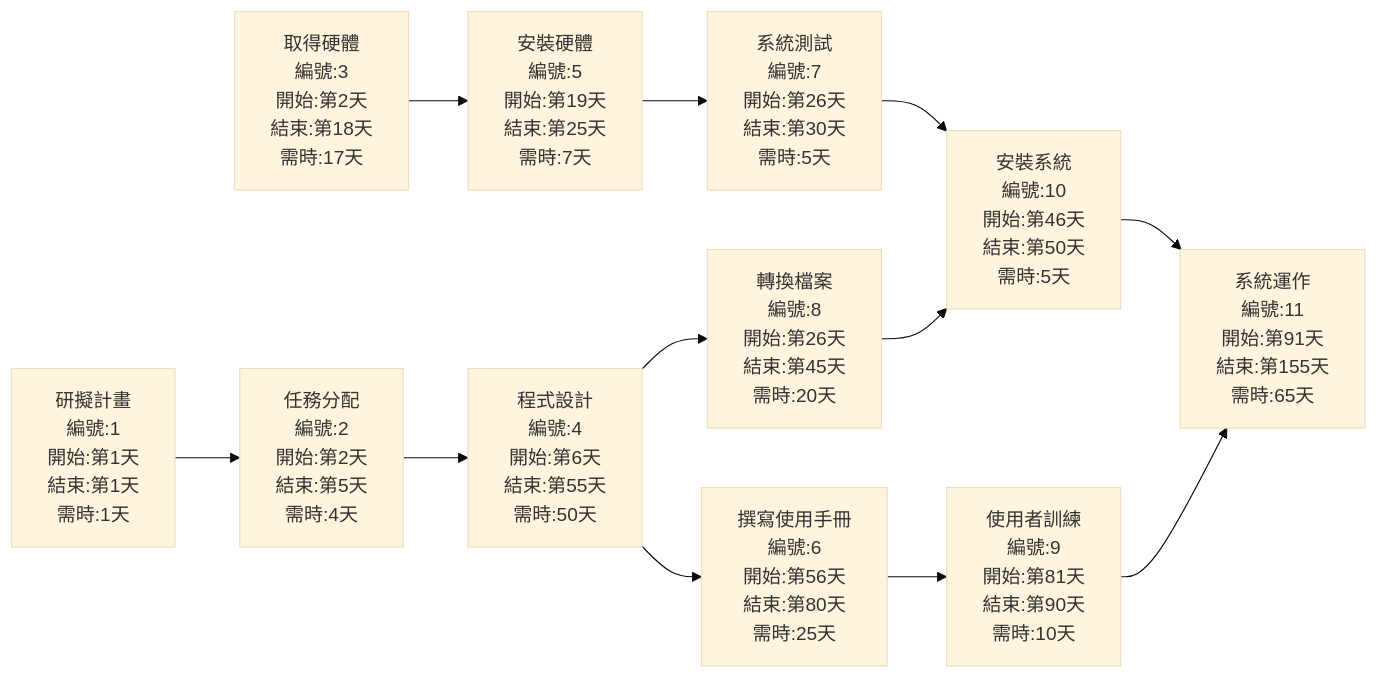
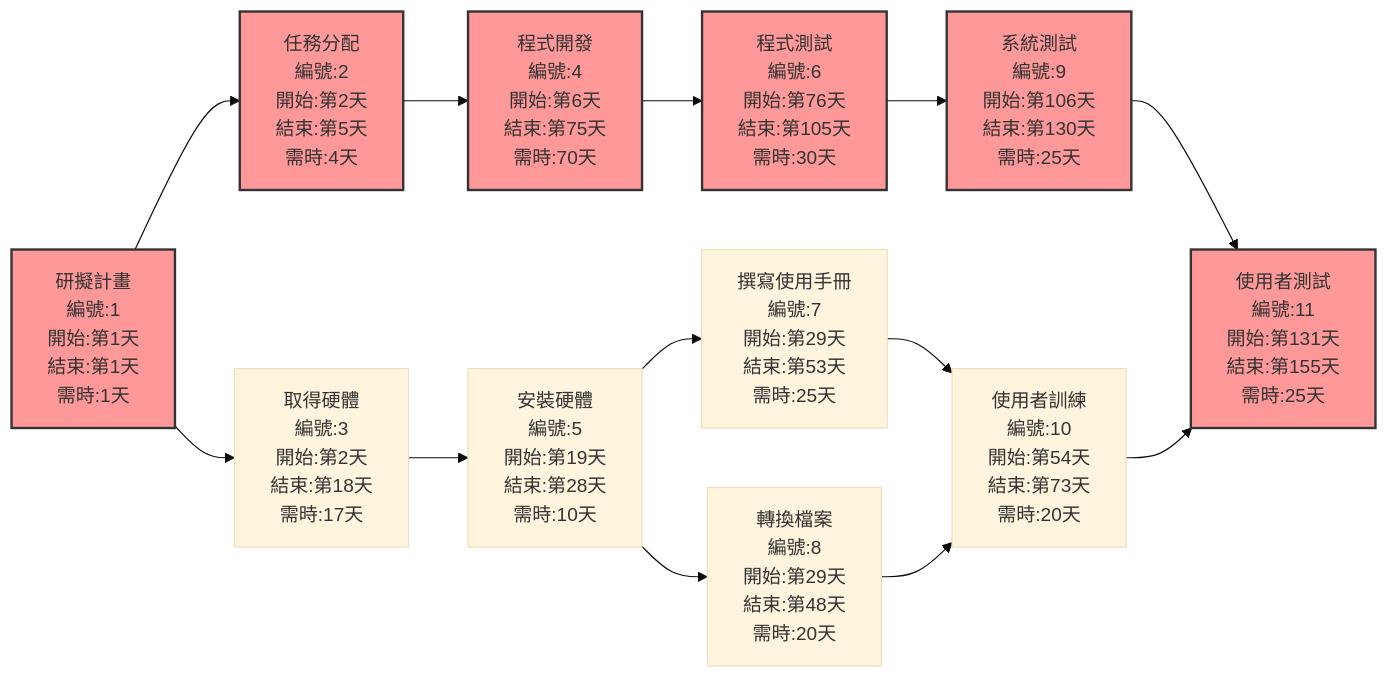
Before and after one commit to chuuu-8/114-b: the first of 2 diagrams in hw2.md, drawn with Mermaid (base theme). The commit also changed other lines of this file, not shown here.

````diff
--- a/hw2.md
+++ b/hw2.md
@@ -2,27 +2,36 @@
 ```mermaid
 flowchart LR
     no1["研擬計畫<br/>編號:1<br/>開始:第1天<br/>結束:第1天<br/>需時:1天"]
     no2["任務分配<br/>編號:2<br/>開始:第2天<br/>結束:第5天<br/>需時:4天"]
     no3["取得硬體<br/>編號:3<br/>開始:第2天<br/>結束:第18天<br/>需時:17天"]
-    no4["程式設計<br/>編號:4<br/>開始:第6天<br/>結束:第55天<br/>需時:50天"]
-    no5["安裝硬體<br/>編號:5<br/>開始:第19天<br/>結束:第25天<br/>需時:7天"]
-    no6["撰寫使用手冊<br/>編號:6<br/>開始:第56天<br/>結束:第80天<br/>需時:25天"]
-    no7["系統測試<br/>編號:7<br/>開始:第26天<br/>結束:第30天<br/>需時:5天"]
-    no8["轉換檔案<br/>編號:8<br/>開始:第26天<br/>結束:第45天<br/>需時:20天"]
-    no9["使用者訓練<br/>編號:9<br/>開始:第81天<br/>結束:第90天<br/>需時:10天"]
-    no10["安裝系統<br/>編號:10<br/>開始:第46天<br/>結束:第50天<br/>需時:5天"]
-    no11["系統運作<br/>編號:11<br/>開始:第91天<br/>結束:第155天<br/>需時:65天"]
+    no4["程式開發<br/>編號:4<br/>開始:第6天<br/>結束:第75天<br/>需時:70天"]
+    no5["安裝硬體<br/>編號:5<br/>開始:第19天<br/>結束:第28天<br/>需時:10天"]
+    no6["程式測試<br/>編號:6<br/>開始:第76天<br/>結束:第105天<br/>需時:30天"]
+    no7["撰寫使用手冊<br/>編號:7<br/>開始:第29天<br/>結束:第53天<br/>需時:25天"]
+    no8["轉換檔案<br/>編號:8<br/>開始:第29天<br/>結束:第48天<br/>需時:20天"]
+    no9["系統測試<br/>編號:9<br/>開始:第106天<br/>結束:第130天<br/>需時:25天"]
+    no10["使用者訓練<br/>編號:10<br/>開始:第54天<br/>結束:第73天<br/>需時:20天"]
+    no11["使用者測試<br/>編號:11<br/>開始:第131天<br/>結束:第155天<br/>需時:25天"]
 
     %% 任務依存關係
     no1 --> no2
+    no1 --> no3
     no2 --> no4
     no3 --> no5
     no4 --> no6
     no5 --> no7
-    no4 --> no8
+    no5 --> no8
+    no6 --> no9
     no7 --> no10
     no8 --> no10
-    no6 --> no9
+    no9 --> no11
     no10 --> no11
-    no9 --> no11
+
+    %% 標示關鍵路徑
+    style no1 fill:#f99,stroke:#333,stroke-width:2px
+    style no2 fill:#f99,stroke:#333,stroke-width:2px
+    style no4 fill:#f99,stroke:#333,stroke-width:2px
+    style no6 fill:#f99,stroke:#333,stroke-width:2px
+    style no9 fill:#f99,stroke:#333,stroke-width:2px
+    style no11 fill:#f99,stroke:#333,stroke-width:2px
 ```
````
